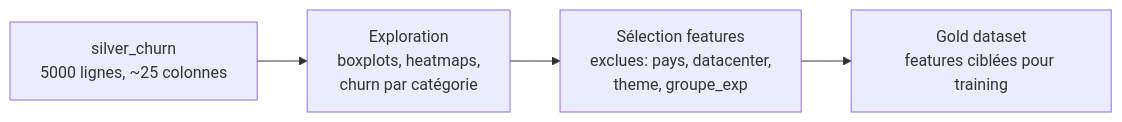
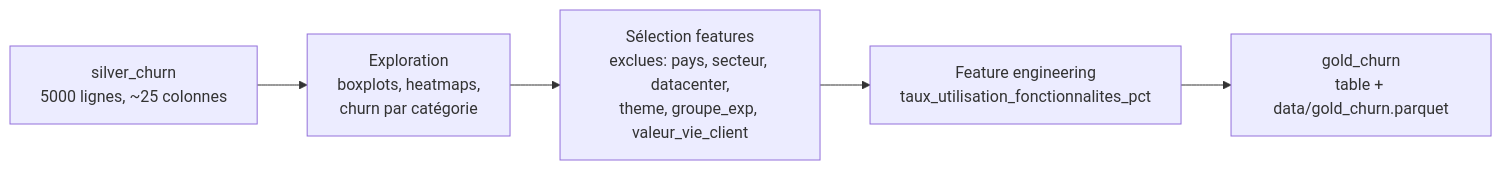
One commit to kenji21/churn-saas changed the fifth of 9 diagrams in README.md. Above: the diagram before and after it, drawn with Mermaid. The commit also changed other lines of this file and 7 other files, not shown here.

First line of the commit message:
feat: pipeline gold (selection features, feature engineering, export parquet)

````diff
--- a/README.md
+++ b/README.md
@@ -92,6 +81,7 @@
 ```mermaid
 flowchart LR
     SILVER["silver_churn<br/>5000 lignes, ~25 colonnes"] --> EXPL[Exploration<br/>boxplots, heatmaps,<br/>churn par catégorie]
-    EXPL --> SELEC[Sélection features<br/>exclues: pays, datacenter,<br/>theme, groupe_exp]
-    SELEC --> GOLD["Gold dataset<br/>features ciblées pour training"]
+    EXPL --> SELEC[Sélection features<br/>exclues: pays, secteur, datacenter,<br/>theme, groupe_exp, valeur_vie_client]
+    SELEC --> FE[Feature engineering<br/>taux_utilisation_fonctionnalites_pct]
+    FE --> GOLD["gold_churn<br/>table + data/gold_churn.parquet"]
 ```
````
